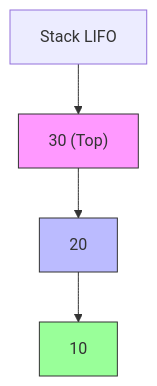
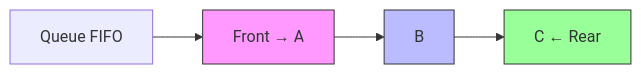
One commit to akokomaguu/snyk-test-project changed the diagram in diagram.md. Above: the diagram before and after it, drawn with Mermaid.

````diff
--- a/diagram.md
+++ b/diagram.md
@@ -1,9 +1,9 @@
 ```mermaid
-graph TD
-    A[Stack LIFO] --> B["30 (Top)"]
-    B --> C["20"]
-    C --> D["10"]
+graph LR
+    A[Queue FIFO] --> B["Front → A"]
+    B --> C["B"]
+    C --> D["C ← Rear"]
     style B fill:#f9f,stroke:#333
     style C fill:#bbf,stroke:#333
     style D fill:#9f9,stroke:#333
 ```
````
